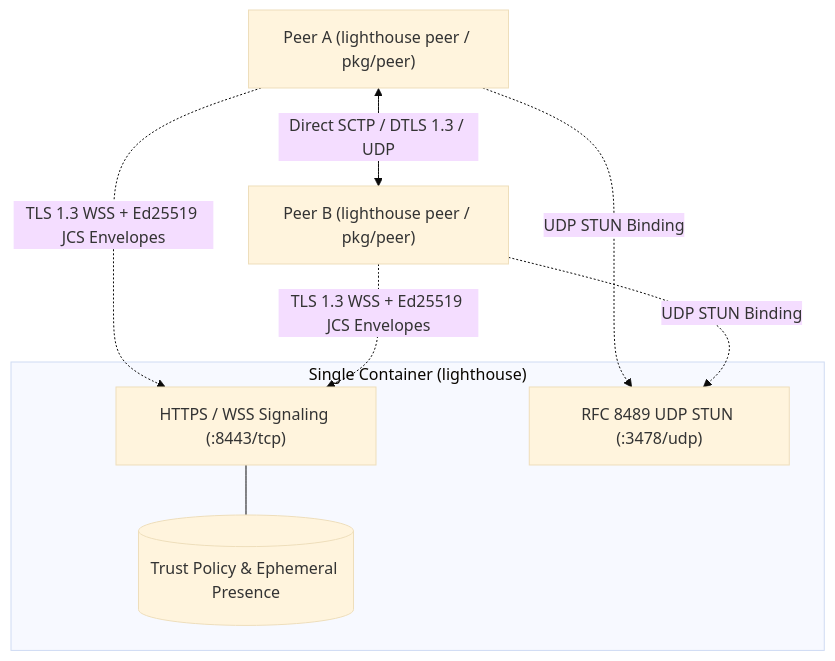
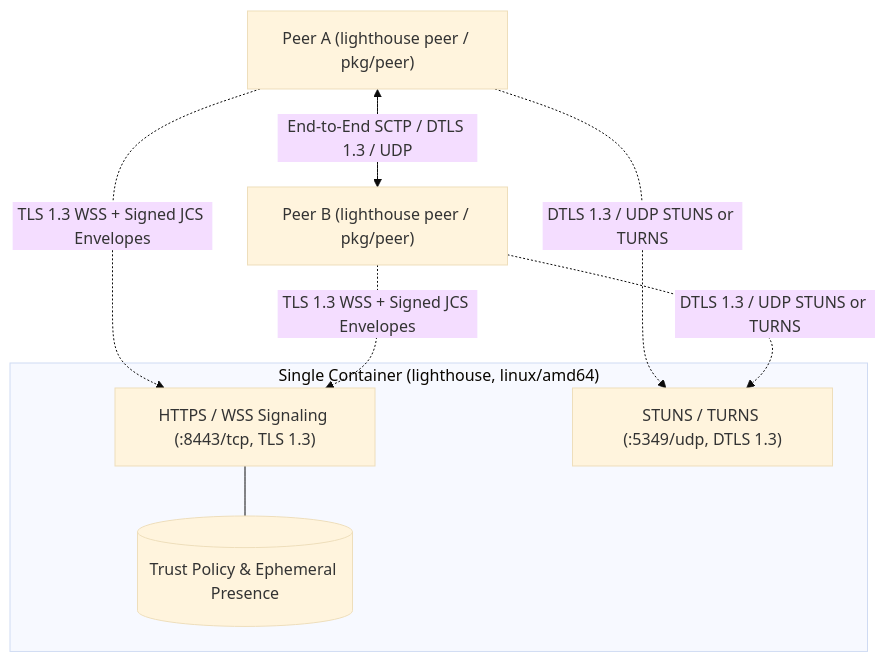
One commit to ParkSnoopy/lighthouse-in-snoo changed the diagram in README.md. Above: the diagram before and after it, drawn with Mermaid (base theme). The commit also changed other lines of this file and 27 other files, not shown here.

First line of the commit message:
feat(transport): enforce DTLS 1.3/UDP stuns/turns and linux/amd64 CI

````diff
--- a/README.md
+++ b/README.md
@@ -7,16 +7,16 @@
 ```mermaid
 flowchart TB
-    subgraph S["Single Container (lighthouse)"]
-        H["HTTPS / WSS Signaling (:8443/tcp)"]
-        T["RFC 8489 UDP STUN (:3478/udp)"]
+    subgraph S["Single Container (lighthouse, linux/amd64)"]
+        H["HTTPS / WSS Signaling (:8443/tcp, TLS 1.3)"]
+        T["STUNS / TURNS (:5349/udp, DTLS 1.3)"]
         R[("Trust Policy & Ephemeral Presence")]
         H --- R
     end
     A["Peer A (lighthouse peer / pkg/peer)"]
     B["Peer B (lighthouse peer / pkg/peer)"]
-    A -. "TLS 1.3 WSS + Ed25519 JCS Envelopes" .-> H
-    B -. "TLS 1.3 WSS + Ed25519 JCS Envelopes" .-> H
-    A -. "UDP STUN Binding" .-> T
-    B -. "UDP STUN Binding" .-> T
-    A <-->|"Direct SCTP / DTLS 1.3 / UDP"| B
+    A -. "TLS 1.3 WSS + Signed JCS Envelopes" .-> H
+    B -. "TLS 1.3 WSS + Signed JCS Envelopes" .-> H
+    A -. "DTLS 1.3 / UDP STUNS or TURNS" .-> T
+    B -. "DTLS 1.3 / UDP STUNS or TURNS" .-> T
+    A <-->|"End-to-End SCTP / DTLS 1.3 / UDP"| B
 ```
````
